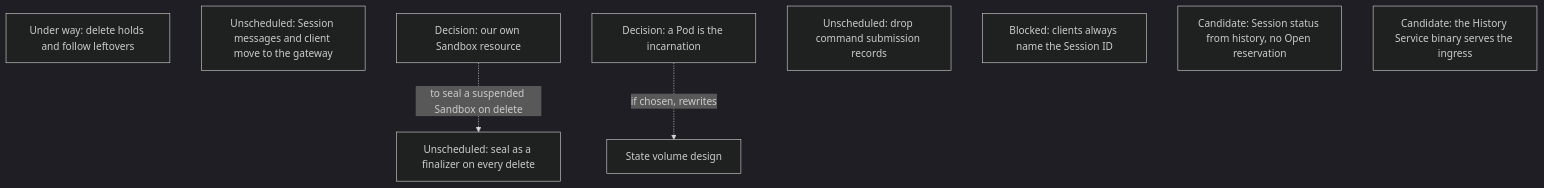
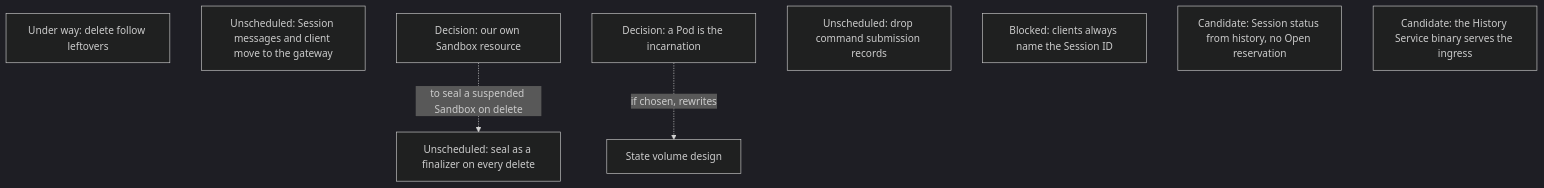
Diagram 12 of 13 in agentplane/plans/task_dag.md (agentydragon/ducktape), drawn with Mermaid (dark theme) before and after one commit. The commit also changed other lines of this file and 28 other files, not shown here.

First line of the commit message:
agentplane: delete retention holds and teardown's unpushed path

````diff
--- a/agentplane/plans/task_dag.md
+++ b/agentplane/plans/task_dag.md
@@ -897,14 +896,14 @@
 ```mermaid
 flowchart TD
-    FOLLOW_PATH_RETIRE[Under way: delete holds and follow leftovers]
+    FOLLOW_PATH_RETIRE[Under way: delete follow leftovers]
     GATEWAY_CLIENT_SPLIT[Unscheduled: Session messages and client move to the gateway]
     AGENTPLANE_SANDBOX_RESOURCE[Decision: our own Sandbox resource]
     POD_INCARNATION[Decision: a Pod is the incarnation]
     SEAL_FINALIZER[Unscheduled: seal as a finalizer on every delete]
     COMMAND_RECORDS_RETIRE[Unscheduled: drop command submission records]
     SESSION_ID_MINT_RETIRE[Blocked: clients always name the Session ID]
     LOOKUP_SESSION_RETIRE[Candidate: Session status from history, no Open reservation]
     HISTORY_INGRESS_SAME_BINARY[Candidate: the History Service binary serves the ingress]
     AGENTPLANE_SANDBOX_RESOURCE -. to seal a suspended Sandbox on delete .-> SEAL_FINALIZER
     POD_INCARNATION -. if chosen, rewrites .-> SESSION_STATE_VOLUME_DESIGN[State volume design]
 ```
````
